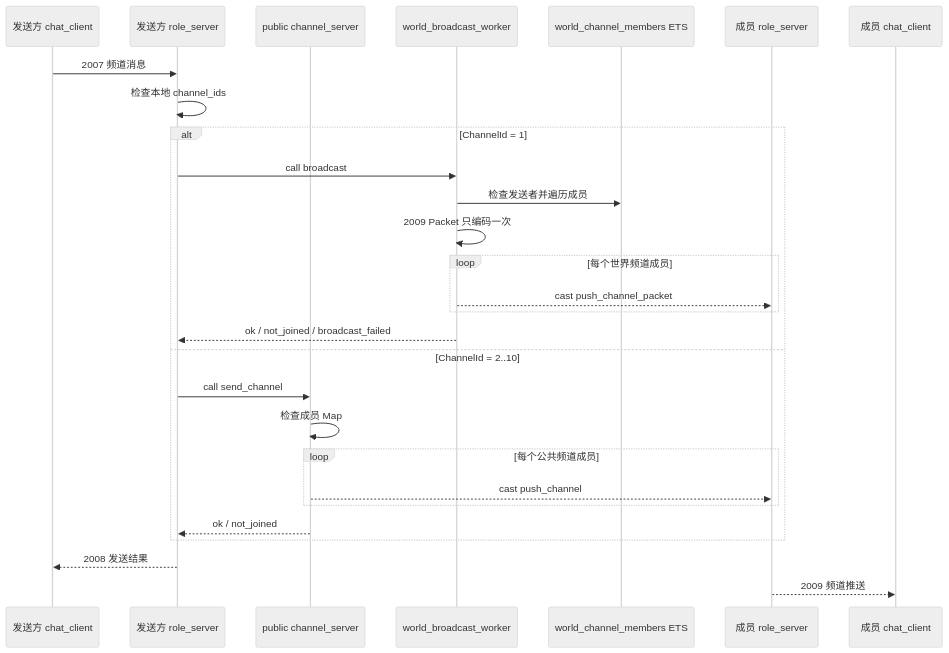
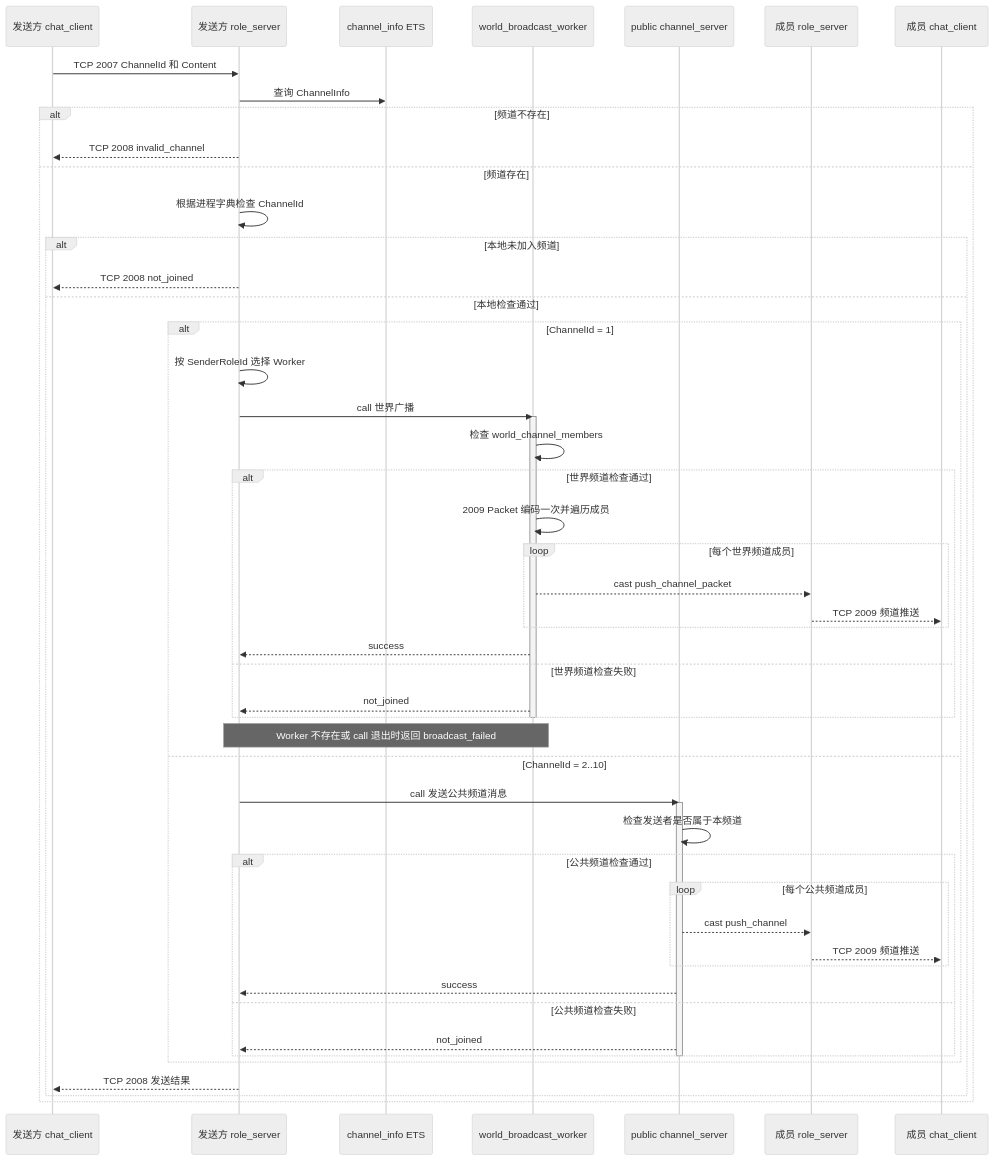
The third of 4 diagrams in Chat V1.1 设计文档.md (chrison18/erlang-game-chat-server), drawn with Mermaid (neutral theme) before and after one commit. The commit also changed other lines of this file and 7 other files, not shown here.

Commit message:
v1.1 分离连接与消息压测并增加运行指标   - 将客户端连接与自动发送拆分为两个阶段，支持按 ClientId 范围逐级启压   - 新增 chat_metrics 快照，采集连接数、邮箱队列和 BEAM 资源数据   - 更新 README、接口文档和设计文档，同步当前客户端与广播流程   - 忽略本地构建产物、私有项目记忆和调优报告试验稿

````diff
--- a/Chat V1.1 设计文档.md
+++ b/Chat V1.1 设计文档.md
@@ -78,31 +149,61 @@
 ```mermaid
 sequenceDiagram
-    participant C as 发送方 chat_client
-    participant R as 发送方 role_server
-    participant M as public channel_server
-    participant W as world_broadcast_worker
-    participant E as world_channel_members ETS
-    participant T as 成员 role_server
-    participant TC as 成员 chat_client
+    participant Client as 发送方 chat_client
+    participant Role as 发送方 role_server
+    participant ChannelInfo as channel_info ETS
+    participant Worker as world_broadcast_worker
+    participant Channel as public channel_server
+    participant MemberRole as 成员 role_server
+    participant MemberClient as 成员 chat_client
 
-    C->>R: 2007 频道消息
-    R->>R: 检查本地 channel_ids
-    alt ChannelId = 1
-        R->>W: call broadcast
-        W->>E: 检查发送者并遍历成员
-        W->>W: 2009 Packet 只编码一次
-        loop 每个世界频道成员
-            W-->>T: cast push_channel_packet
+    Client->>Role: TCP 2007 ChannelId 和 Content
+    Role->>ChannelInfo: 查询 ChannelInfo
+
+    alt 频道不存在
+        Role-->>Client: TCP 2008 invalid_channel
+    else 频道存在
+        Role->>Role: 根据进程字典检查 ChannelId
+
+        alt 本地未加入频道
+            Role-->>Client: TCP 2008 not_joined
+        else 本地检查通过
+            alt ChannelId = 1
+                Role->>Role: 按 SenderRoleId 选择 Worker
+                Role->>Worker: call 世界广播
+                activate Worker
+                Worker->>Worker: 检查 world_channel_members
+
+                alt 世界频道检查通过
+                    Worker->>Worker: 2009 Packet 编码一次并遍历成员
+                    loop 每个世界频道成员
+                        Worker-->>MemberRole: cast push_channel_packet
+                        MemberRole-->>MemberClient: TCP 2009 频道推送
+                    end
+                    Worker-->>Role: success
+                else 世界频道检查失败
+                    Worker-->>Role: not_joined
+                end
+                deactivate Worker
+                Note over Role,Worker: Worker 不存在或 call 退出时返回 broadcast_failed
+            else ChannelId = 2..10
+                Role->>Channel: call 发送公共频道消息
+                activate Channel
+                Channel->>Channel: 检查发送者是否属于本频道
+
+                alt 公共频道检查通过
+                    loop 每个公共频道成员
+                        Channel-->>MemberRole: cast push_channel
+                        MemberRole-->>MemberClient: TCP 2009 频道推送
+                    end
+                    Channel-->>Role: success
+                else 公共频道检查失败
+                    Channel-->>Role: not_joined
+                end
+                deactivate Channel
+            end
+
+            Role-->>Client: TCP 2008 发送结果
         end
-        W-->>R: ok / not_joined / broadcast_failed
-    else ChannelId = 2..10
-        R->>M: call send_channel
-        M->>M: 检查成员 Map
-        loop 每个公共频道成员
-            M-->>T: cast push_channel
-        end
-        M-->>R: ok / not_joined
     end
-    R-->>C: 2008 发送结果
-    T-->>TC: 2009 频道推送
+
 ```
````
